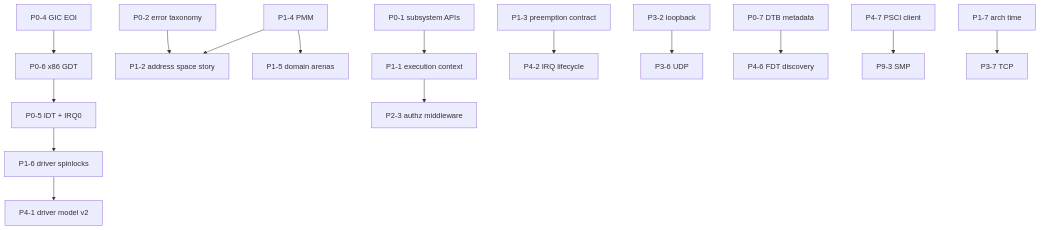
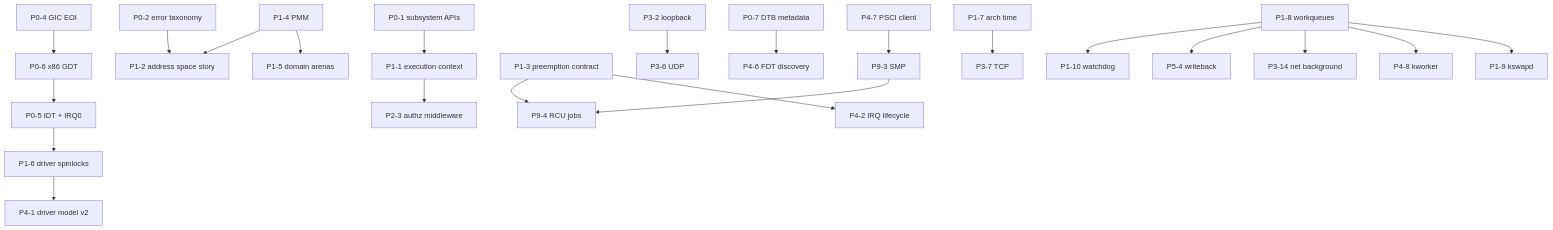
Before and after one commit to BPForbes/Bailey-Forbes-Flinstone: the diagram in docs/ROADMAP.md, drawn with Mermaid. The commit also changed other lines of this file and 271 other files, not shown here.

````diff
--- a/docs/ROADMAP.md
+++ b/docs/ROADMAP.md
@@ -209,17 +221,24 @@
 ```mermaid
 flowchart TD
   P0_1[P0-1 subsystem APIs] --> P1_1[P1-1 execution context]
   P0_2[P0-2 error taxonomy] --> P1_2[P1-2 address space story]
   P0_4[P0-4 GIC EOI] --> P0_6[P0-6 x86 GDT]
   P0_6 --> P0_5[P0-5 IDT + IRQ0]
   P0_5 --> P1_6[P1-6 driver spinlocks]
   P1_4[P1-4 PMM] --> P1_5[P1-5 domain arenas]
   P1_4 --> P1_2
   P1_3[P1-3 preemption contract] --> P4_2[P4-2 IRQ lifecycle]
   P1_6 --> P4_1[P4-1 driver model v2]
   P1_1 --> P2_3[P2-3 authz middleware]
   P3_2[P3-2 loopback] --> P3_6[P3-6 UDP]
   P0_7[P0-7 DTB metadata] --> P4_6[P4-6 FDT discovery]
   P4_7[P4-7 PSCI client] --> P9_3[P9-3 SMP]
   P1_7[P1-7 arch time] --> P3_7[P3-7 TCP]
+  P1_8[P1-8 workqueues] --> P1_9[P1-9 kswapd]
+  P1_8 --> P4_8[P4-8 kworker]
+  P1_8 --> P3_14[P3-14 net background]
+  P1_8 --> P5_4[P5-4 writeback]
+  P1_3 --> P9_4[P9-4 RCU jobs]
+  P9_3[P9-3 SMP] --> P9_4
+  P1_8 --> P1_10[P1-10 watchdog]
 ```
````
